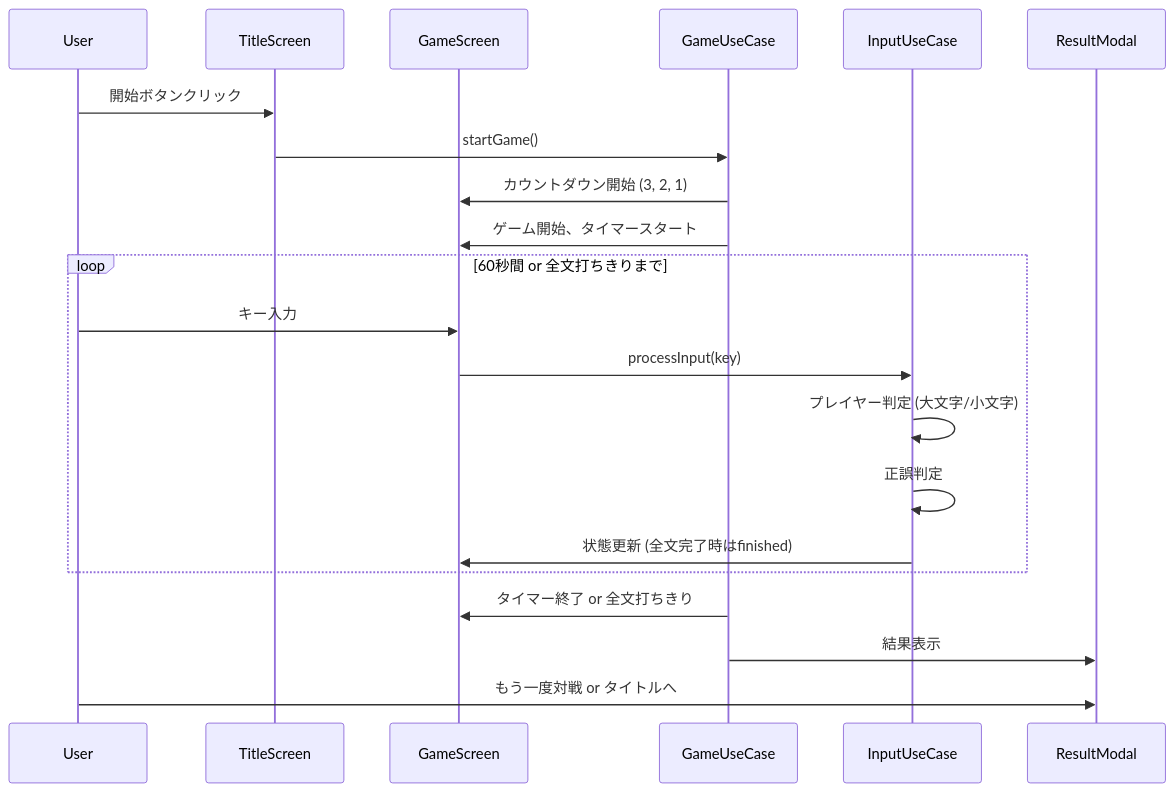
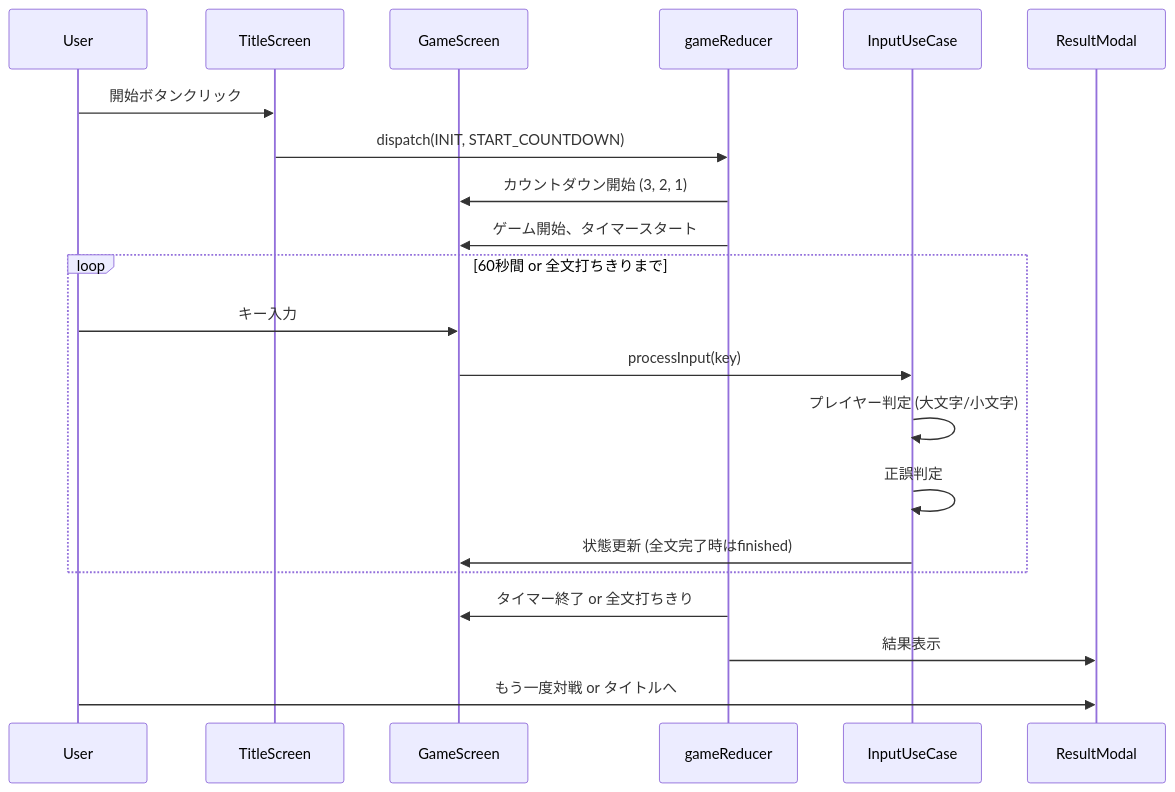
One commit to coderdojo-iwata/vs-typing-dojo-ts changed the fourth of 4 diagrams in docs/functional-design.md. Above: the diagram before and after it, drawn with Mermaid. The commit also changed other lines of this file and 11 other files, not shown here.

````diff
--- a/docs/functional-design.md
+++ b/docs/functional-design.md
@@ -348,26 +348,26 @@
 ```mermaid
 sequenceDiagram
     participant U as User
     participant T as TitleScreen
     participant G as GameScreen
-    participant GU as GameUseCase
+    participant GR as gameReducer
     participant IU as InputUseCase
     participant R as ResultModal
 
     U->>T: 開始ボタンクリック
-    T->>GU: startGame()
-    GU->>G: カウントダウン開始 (3, 2, 1)
-    GU->>G: ゲーム開始、タイマースタート
+    T->>GR: dispatch(INIT, START_COUNTDOWN)
+    GR->>G: カウントダウン開始 (3, 2, 1)
+    GR->>G: ゲーム開始、タイマースタート
 
     loop 60秒間 or 全文打ちきりまで
         U->>G: キー入力
         G->>IU: processInput(key)
         IU->>IU: プレイヤー判定 (大文字/小文字)
         IU->>IU: 正誤判定
         IU->>G: 状態更新 (全文完了時はfinished)
     end
 
-    GU->>G: タイマー終了 or 全文打ちきり
-    GU->>R: 結果表示
+    GR->>G: タイマー終了 or 全文打ちきり
+    GR->>R: 結果表示
     U->>R: もう一度対戦 or タイトルへ
 ```
````
